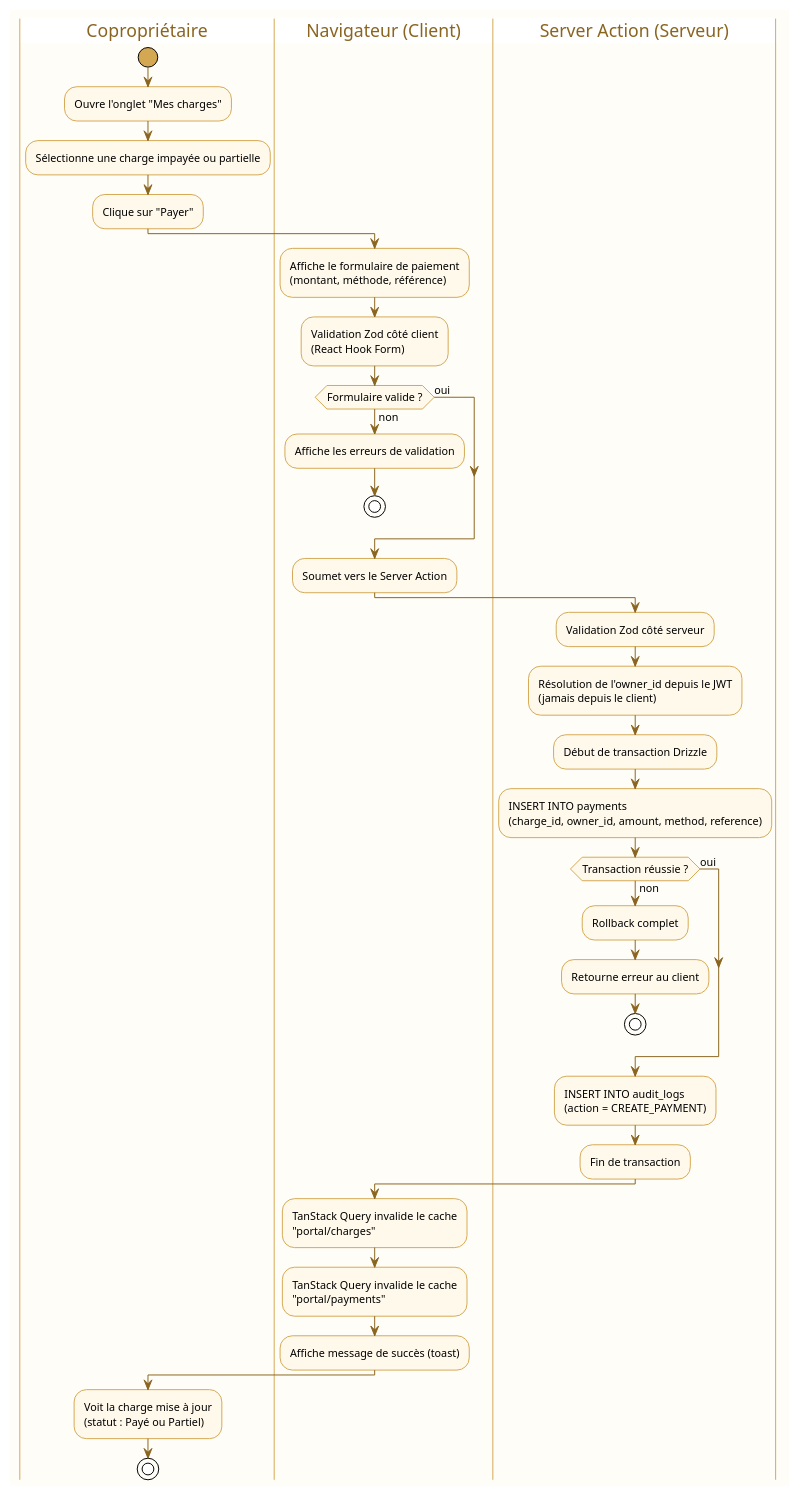
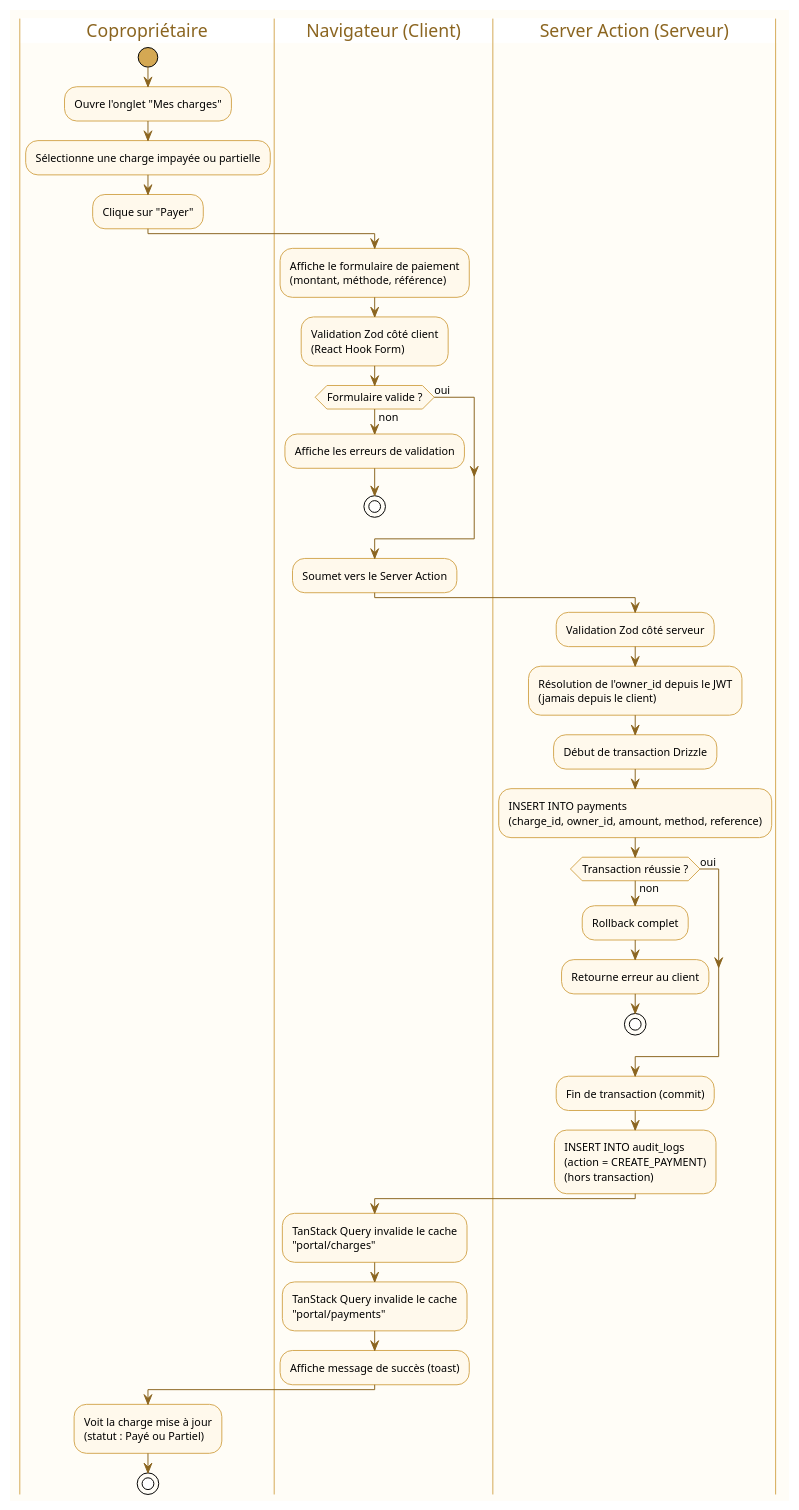
Before and after one commit to Bilal-XQ/Gestion-Syndic-PFE: the diagram in docs/report/plantuml/activity.puml, drawn with PlantUML. The commit also changed 5 other files, not shown here.

Commit message:
Update report diagrams and refine payment flow description

```diff
--- a/docs/report/plantuml/activity.puml
+++ b/docs/report/plantuml/activity.puml
@@ -1,64 +1,64 @@
 @startuml activity
 !theme plain
 skinparam backgroundColor #FFFDF7
 skinparam activity {
   BackgroundColor #FFF9EC
   BorderColor #D4A853
   FontSize 11
   DiamondBackgroundColor #FFF9EC
   DiamondBorderColor #D4A853
   StartColor #D4A853
   EndColor #8B6520
 }
 skinparam arrow {
   Color #8B6520
 }
 skinparam swimlane {
   BorderColor #D4A853
   TitleFontColor #8B6520
 }
 
 |Copropriétaire|
 start
 :Ouvre l'onglet "Mes charges";
 :Sélectionne une charge impayée ou partielle;
 :Clique sur "Payer";
 
 |Navigateur (Client)|
 :Affiche le formulaire de paiement\n(montant, méthode, référence);
 :Validation Zod côté client\n(React Hook Form);
 
 if (Formulaire valide ?) then (non)
   :Affiche les erreurs de validation;
   stop
 else (oui)
 endif
 :Soumet vers le Server Action;
 
 |Server Action (Serveur)|
 :Validation Zod côté serveur;
 :Résolution de l'owner_id depuis le JWT\n(jamais depuis le client);
 
 :Début de transaction Drizzle;
 :INSERT INTO payments\n(charge_id, owner_id, amount, method, reference);
 
 if (Transaction réussie ?) then (non)
   :Rollback complet;
   :Retourne erreur au client;
   stop
 else (oui)
 endif
 
-:INSERT INTO audit_logs\n(action = CREATE_PAYMENT);
-:Fin de transaction;
+:Fin de transaction (commit);
+:INSERT INTO audit_logs\n(action = CREATE_PAYMENT)\n(hors transaction);
 
 |Navigateur (Client)|
 :TanStack Query invalide le cache\n"portal/charges";
 :TanStack Query invalide le cache\n"portal/payments";
 :Affiche message de succès (toast);
 
 |Copropriétaire|
 :Voit la charge mise à jour\n(statut : Payé ou Partiel);
 stop
 
 @enduml
```
